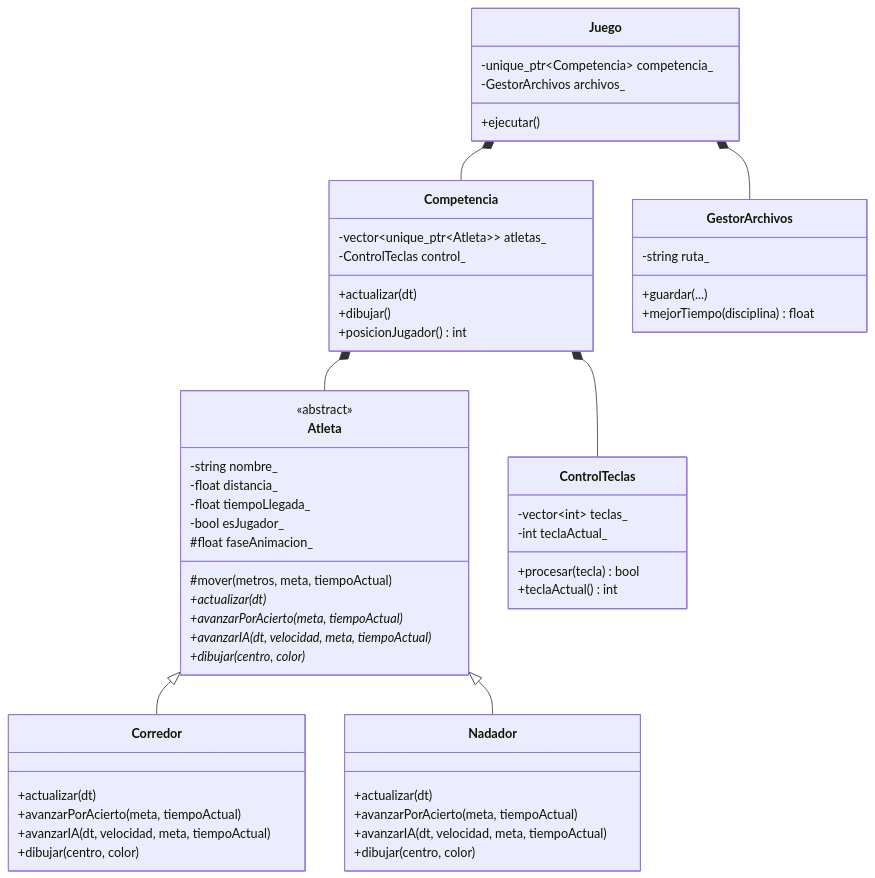
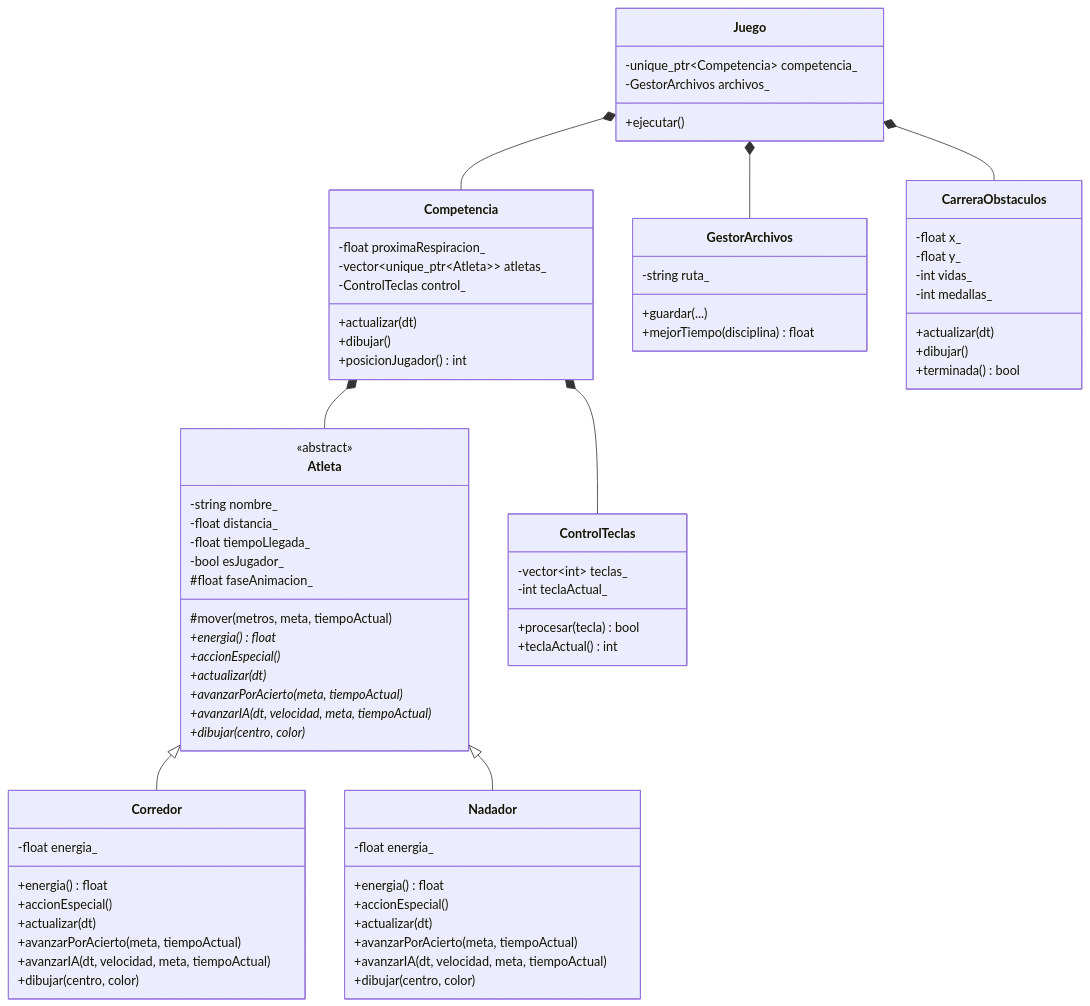
The diagram in docs/diagrama_uml.md (antonbetak/Olimpiadas_2D), drawn with Mermaid before and after one commit. The commit also changed 13 other files, not shown here.

````diff
--- a/docs/diagrama_uml.md
+++ b/docs/diagrama_uml.md
@@ -3,57 +3,76 @@
 ```mermaid
 classDiagram
     class Atleta {
         <<abstract>>
         -string nombre_
         -float distancia_
         -float tiempoLlegada_
         -bool esJugador_
         #float faseAnimacion_
         #mover(metros, meta, tiempoActual)
+        +energia() float*
+        +accionEspecial()*
         +actualizar(dt)*
         +avanzarPorAcierto(meta, tiempoActual)*
         +avanzarIA(dt, velocidad, meta, tiempoActual)*
         +dibujar(centro, color)*
     }
     class Corredor {
+        -float energia_
+        +energia() float
+        +accionEspecial()
         +actualizar(dt)
         +avanzarPorAcierto(meta, tiempoActual)
         +avanzarIA(dt, velocidad, meta, tiempoActual)
         +dibujar(centro, color)
     }
     class Nadador {
+        -float energia_
+        +energia() float
+        +accionEspecial()
         +actualizar(dt)
         +avanzarPorAcierto(meta, tiempoActual)
         +avanzarIA(dt, velocidad, meta, tiempoActual)
         +dibujar(centro, color)
     }
     class ControlTeclas {
         -vector~int~ teclas_
         -int teclaActual_
         +procesar(tecla) bool
         +teclaActual() int
     }
     class Competencia {
+        -float proximaRespiracion_
         -vector~unique_ptr~Atleta~~ atletas_
         -ControlTeclas control_
         +actualizar(dt)
         +dibujar()
         +posicionJugador() int
     }
     class GestorArchivos {
         -string ruta_
         +guardar(...)
         +mejorTiempo(disciplina) float
     }
+    class CarreraObstaculos {
+        -float x_
+        -float y_
+        -int vidas_
+        -int medallas_
+        +actualizar(dt)
+        +dibujar()
+        +terminada() bool
+    }
     class Juego {
         -unique_ptr~Competencia~ competencia_
         -GestorArchivos archivos_
         +ejecutar()
     }
     Atleta <|-- Corredor
     Atleta <|-- Nadador
     Competencia *-- Atleta
     Competencia *-- ControlTeclas
+    Juego *-- CarreraObstaculos
     Juego *-- Competencia
     Juego *-- GestorArchivos
 ```
````
